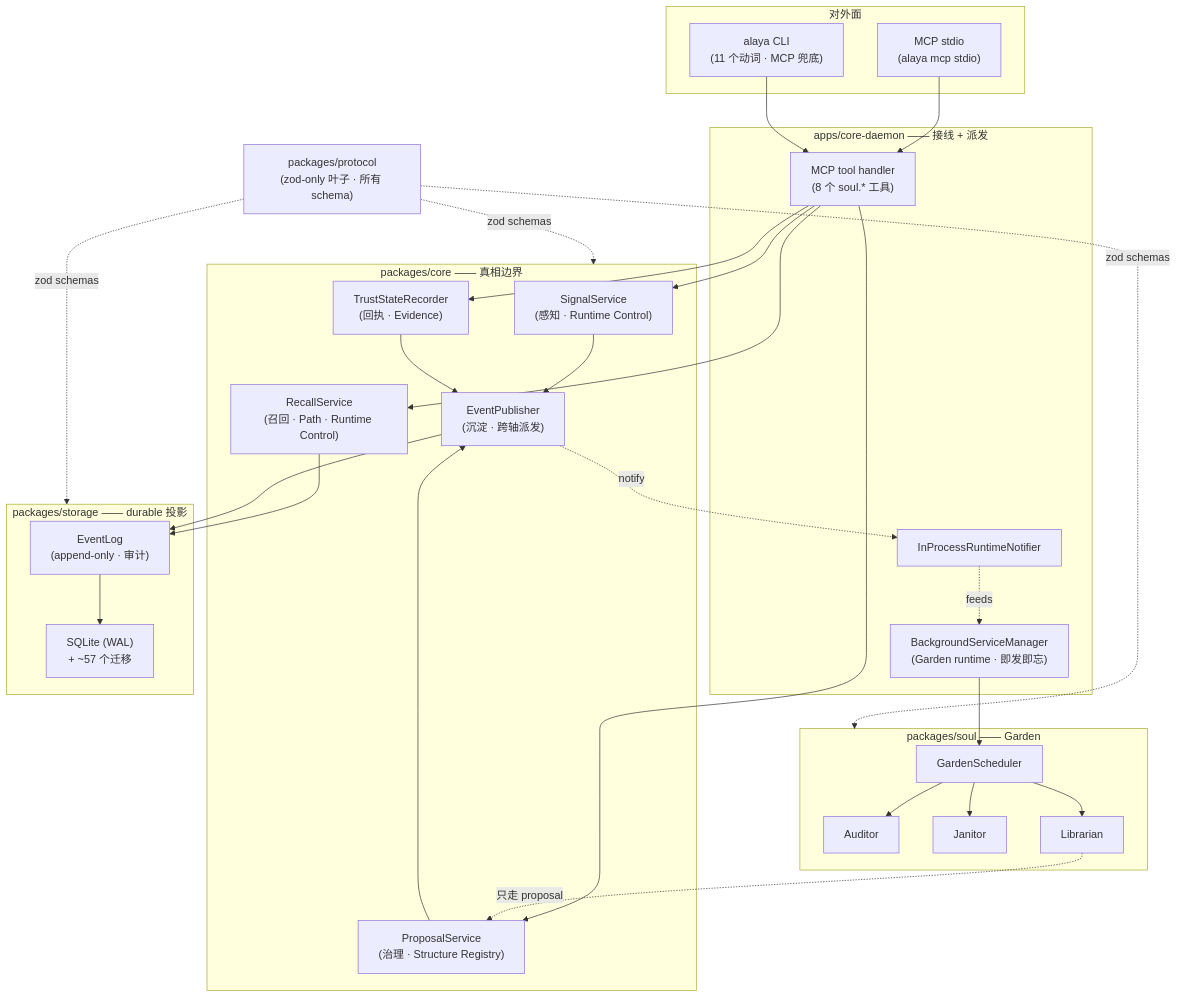
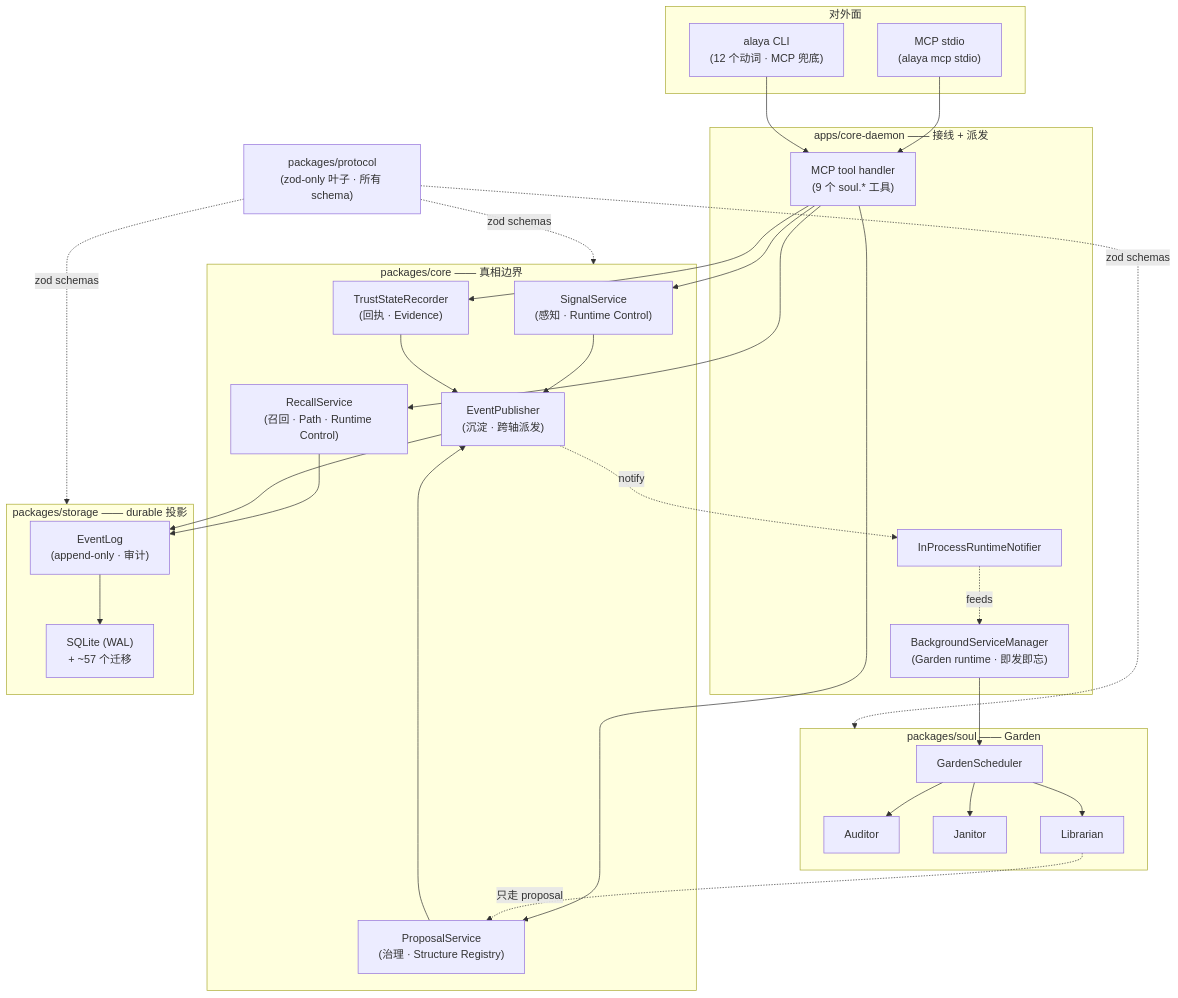
The second of 2 diagrams in README.zh-CN.md (tdwhere123/Do-SOUL-Alaya), drawn with Mermaid before and after one commit. The commit also changed other lines of this file and 2 other files, not shown here.

First line of the commit message:
docs(a1): bump tool count to 9 and CLI verb count to 12 in README + CLAUDE.md

````diff
--- a/README.zh-CN.md
+++ b/README.zh-CN.md
@@ -287,57 +287,57 @@
 ```mermaid
 graph TD
     subgraph Surfaces["对外面"]
         MCPS["MCP stdio<br/>(alaya mcp stdio)"]
-        CLIS["alaya CLI<br/>(11 个动词 · MCP 兜底)"]
+        CLIS["alaya CLI<br/>(12 个动词 · MCP 兜底)"]
     end
 
     subgraph Daemon["apps/core-daemon —— 接线 + 派发"]
-        TH["MCP tool handler<br/>(8 个 soul.* 工具)"]
+        TH["MCP tool handler<br/>(9 个 soul.* 工具)"]
         BG["BackgroundServiceManager<br/>(Garden runtime · 即发即忘)"]
         NOTI["InProcessRuntimeNotifier"]
     end
 
     subgraph Core["packages/core —— 真相边界"]
         SS["SignalService<br/>(感知 · Runtime Control)"]
         PROP["ProposalService<br/>(治理 · Structure Registry)"]
         EP["EventPublisher<br/>(沉淀 · 跨轴派发)"]
         REC["RecallService<br/>(召回 · Path · Runtime Control)"]
         TR["TrustStateRecorder<br/>(回执 · Evidence)"]
     end
 
     subgraph Soul["packages/soul —— Garden"]
         AUD["Auditor"]
         JAN["Janitor"]
         LIB["Librarian"]
         SCH["GardenScheduler"]
     end
 
     subgraph StorageBox["packages/storage —— durable 投影"]
         EL["EventLog<br/>(append-only · 审计)"]
         DB["SQLite (WAL)<br/>+ ~57 个迁移"]
     end
 
     PROTO["packages/protocol<br/>(zod-only 叶子 · 所有 schema)"]
 
     MCPS --> TH
     CLIS --> TH
     TH --> SS
     TH --> PROP
     TH --> REC
     TH --> TR
     SS --> EP
     PROP --> EP
     REC --> EL
     TR --> EP
     EP --> EL
     EL --> DB
     EP -.notify.-> NOTI
     NOTI -.feeds.-> BG
     BG --> SCH
     SCH --> AUD & JAN & LIB
     LIB -.只走 proposal.-> PROP
 
     PROTO -. zod schemas .-> Core
     PROTO -. zod schemas .-> Soul
     PROTO -. zod schemas .-> StorageBox
 ```
````
